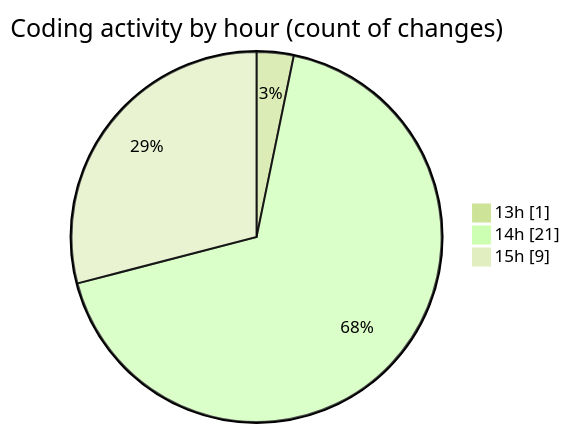
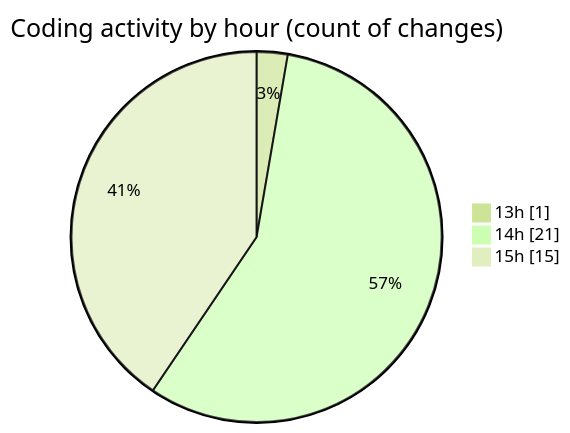
One commit to idhammustaqopulfikri/code-tracking changed the second of 2 diagrams in 2025-11-01/futsal_rekomendasi/README.md. Above: the diagram before and after it, drawn with Mermaid (forest theme). The commit also changed other lines of this file and 1 other file, not shown here.

````diff
--- a/2025-11-01/futsal_rekomendasi/README.md
+++ b/2025-11-01/futsal_rekomendasi/README.md
@@ -40,7 +41,7 @@
 ```mermaid
 pie showData
 title Coding activity by hour (count of changes)
 "13h" : 1
 "14h" : 21
-"15h" : 9
+"15h" : 15
 ```
````
